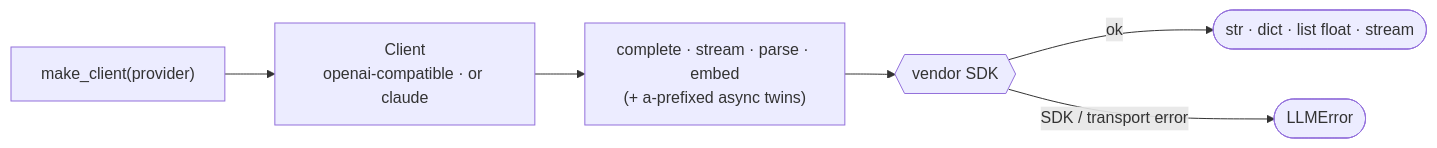
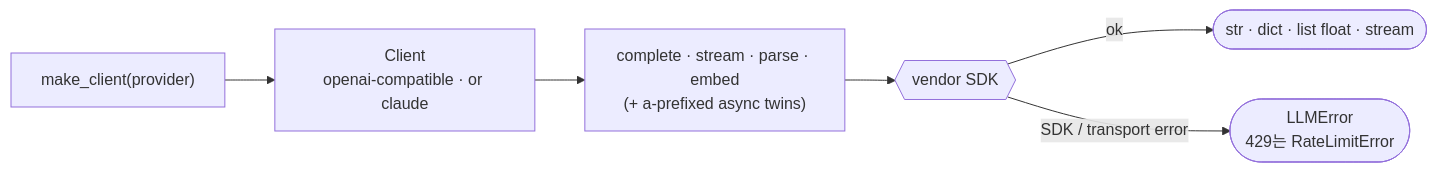
The diagram in README.ko.md (seokhoonj/thinchat), drawn with Mermaid before and after one commit. The commit also changed other lines of this file and 10 other files, not shown here.

First line of the commit message:
feat: distinguish rate limits with a typed `RateLimitError`

````diff
--- a/README.ko.md
+++ b/README.ko.md
@@ -131,8 +148,8 @@
 ```mermaid
 flowchart LR
   M["make_client(provider)"] --> C["Client<br/>openai-compatible · or claude"]
   C --> V["complete · stream · parse · embed<br/>(+ a-prefixed async twins)"]
   V --> S{{"vendor SDK"}}
   S -->|ok| O(["str · dict · list float · stream"])
-  S -->|"SDK / transport error"| E(["LLMError"])
+  S -->|"SDK / transport error"| E(["LLMError<br/>429는 RateLimitError"])
 ```
````
